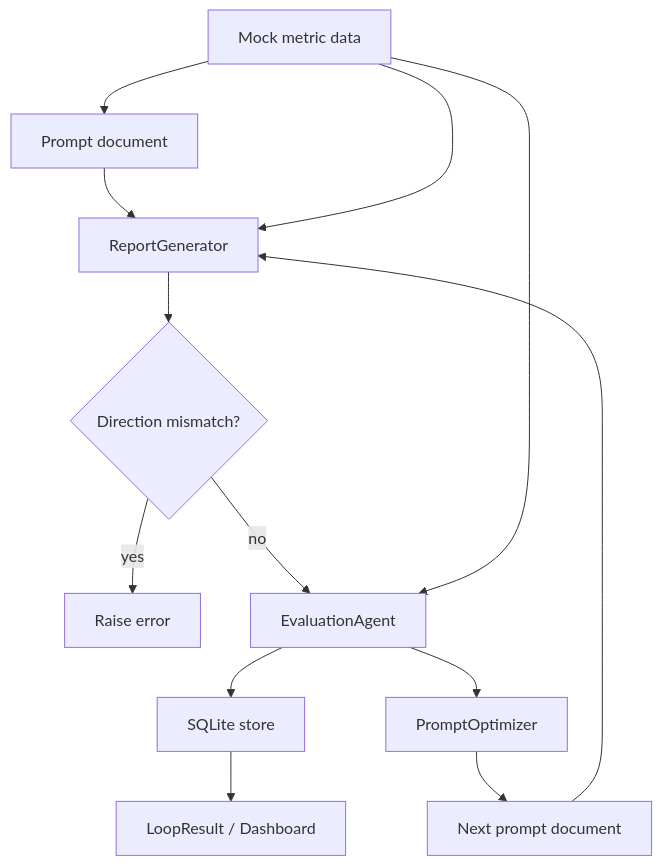
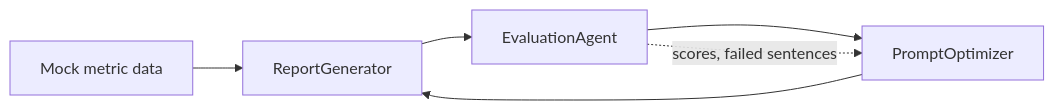
Before and after one commit to Starlight258/llm-eval-loop: the diagram in README.md, drawn with Mermaid. The commit also changed other lines of this file and 2 other files, not shown here.

Commit message:
chore(runtime): default to qwen2.5:3b

````diff
--- a/README.md
+++ b/README.md
@@ -28,15 +28,9 @@
 ```mermaid
-flowchart TD
-    A[Mock metric data] --> B[Prompt document]
-    B --> C[ReportGenerator]
-    A --> C
-    C --> D{Direction mismatch?}
-    D -- yes --> X[Raise error]
-    D -- no --> E[EvaluationAgent]
-    A --> E
-    E --> F[SQLite store]
-    E --> G[PromptOptimizer]
-    G --> B2[Next prompt document]
-    B2 --> C
-    F --> H[LoopResult / Dashboard]
+flowchart LR
+    A[Mock metric data] --> B[ReportGenerator]
+    B --> C[EvaluationAgent]
+    C --> D[PromptOptimizer]
+    D --> B
+
+    C -. scores, failed sentences .-> D
 ```
````
